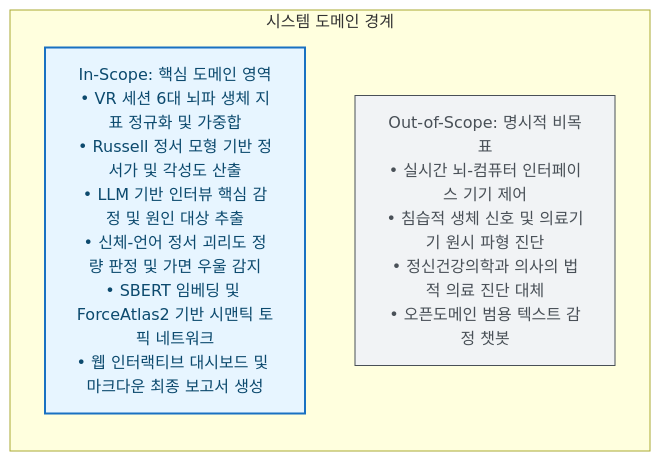
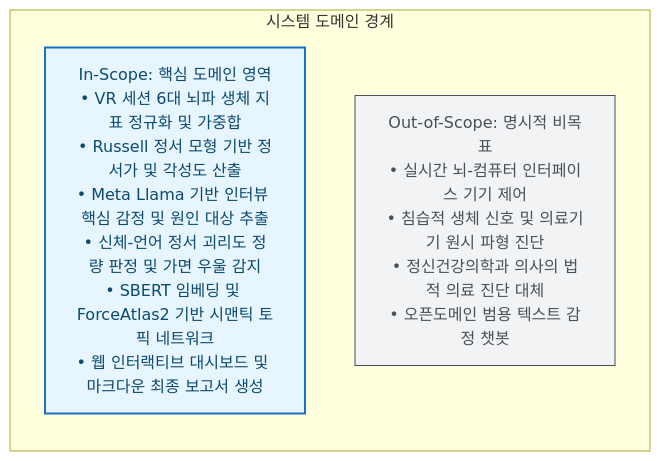
The first of 3 diagrams in docs/architecture/system-design.md (KTHYEONG/Emori), drawn with Mermaid before and after one commit. The commit also changed other lines of this file, not shown here.

Commit message:
Align system design with actual Meta Llama model roles

````diff
--- a/docs/architecture/system-design.md
+++ b/docs/architecture/system-design.md
@@ -11,10 +11,10 @@
 ```mermaid
 flowchart LR
     classDef inScope fill:#e7f5ff,stroke:#1971c2,stroke-width:2px,color:#0c4a6e;
     classDef outScope fill:#f1f3f5,stroke:#495057,stroke-width:1px,color:#495057;
 
     subgraph ScopeBoundary["시스템 도메인 경계"]
-        In["In-Scope: 핵심 도메인 영역<br>• VR 세션 6대 뇌파 생체 지표 정규화 및 가중합<br>• Russell 정서 모형 기반 정서가 및 각성도 산출<br>• LLM 기반 인터뷰 핵심 감정 및 원인 대상 추출<br>• 신체-언어 정서 괴리도 정량 판정 및 가면 우울 감지<br>• SBERT 임베딩 및 ForceAtlas2 기반 시맨틱 토픽 네트워크<br>• 웹 인터랙티브 대시보드 및 마크다운 최종 보고서 생성"]:::inScope
+        In["In-Scope: 핵심 도메인 영역<br>• VR 세션 6대 뇌파 생체 지표 정규화 및 가중합<br>• Russell 정서 모형 기반 정서가 및 각성도 산출<br>• Meta Llama 기반 인터뷰 핵심 감정 및 원인 대상 추출<br>• 신체-언어 정서 괴리도 정량 판정 및 가면 우울 감지<br>• SBERT 임베딩 및 ForceAtlas2 기반 시맨틱 토픽 네트워크<br>• 웹 인터랙티브 대시보드 및 마크다운 최종 보고서 생성"]:::inScope
         Out["Out-of-Scope: 명시적 비목표<br>• 실시간 뇌-컴퓨터 인터페이스 기기 제어<br>• 침습적 생체 신호 및 의료기기 원시 파형 진단<br>• 정신건강의학과 의사의 법적 의료 진단 대체<br>• 오픈도메인 범용 텍스트 감정 챗봇"]:::outScope
     end
 ```
````
